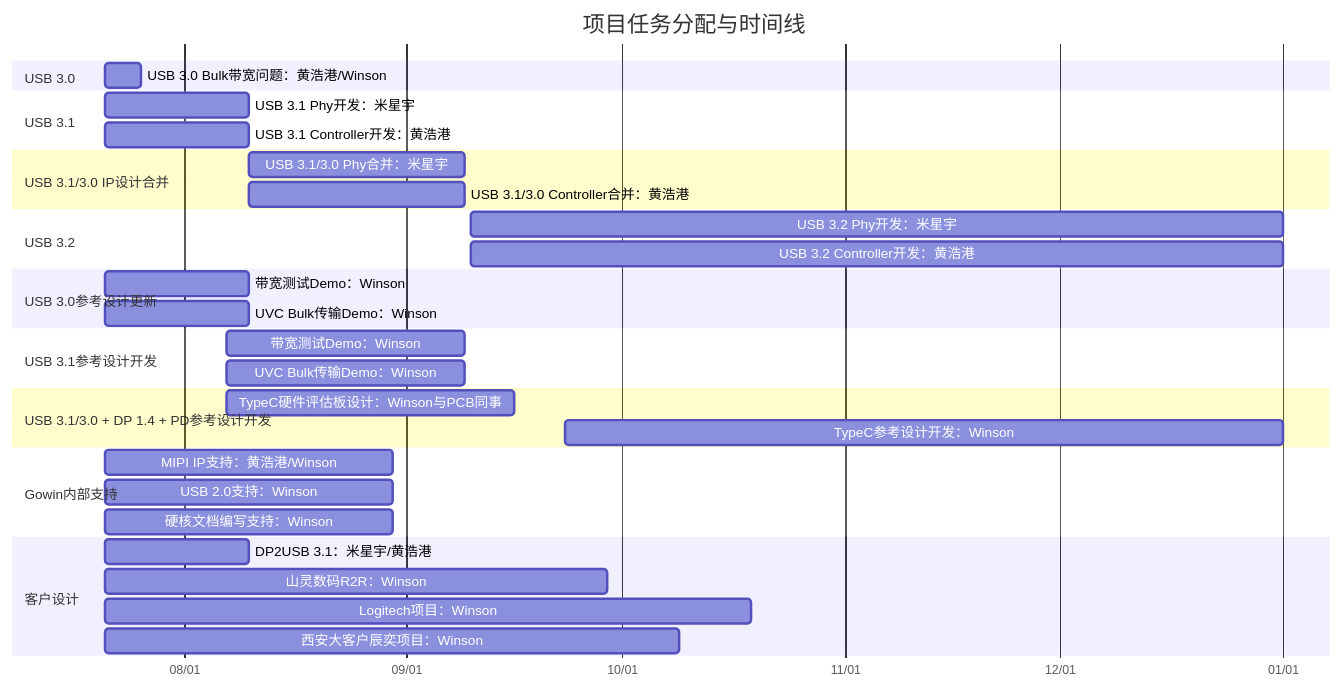
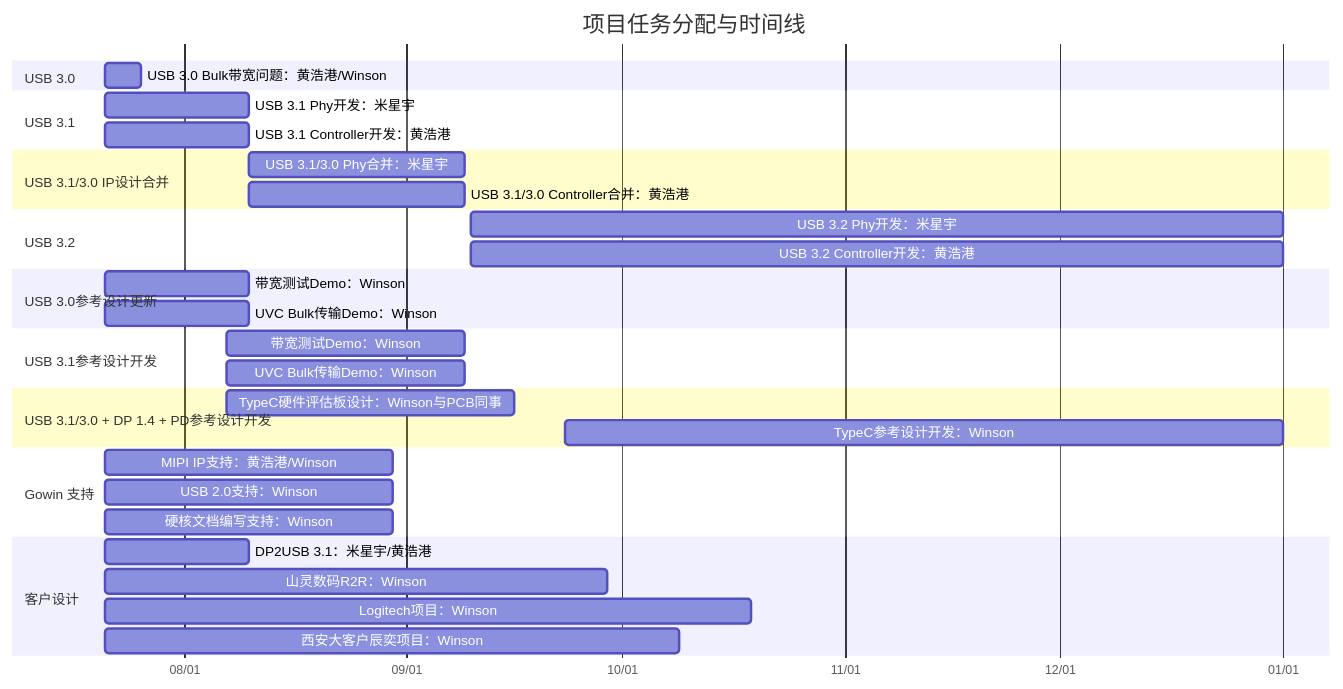
Before and after one commit to winsonbook/iodraw-files: the diagram in all/未命名.md, drawn with Mermaid.

Commit message:
2025-07-21 10:36:43 update

````diff
--- a/all/未命名.md
+++ b/all/未命名.md
@@ -1,44 +1,44 @@
 ```mermaid
 gantt
     title 项目任务分配与时间线
     dateFormat  YYYY-MM-DD
     axisFormat  %m/%d
 
     section USB 3.0
     USB 3.0 Bulk带宽问题：黄浩港/Winson   :    task1, 2025-07-21, 5d
 
     section USB 3.1
     USB 3.1 Phy开发：米星宇      :         task2, 2025-07-21, 20d
     USB 3.1 Controller开发：黄浩港      :  task3, 2025-07-21, 20d
 
     section USB 3.1/3.0 IP设计合并
     USB 3.1/3.0 Phy合并：米星宇       :    task4, 2025-08-10, 30d
     USB 3.1/3.0 Controller合并：黄浩港:    task5, 2025-08-10, 30d
 
     section USB 3.2
     USB 3.2 Phy开发：米星宇      :         task2, 2025-09-10, 113d
     USB 3.2 Controller开发：黄浩港      :  task3, 2025-09-10, 113d
 
     section USB 3.0参考设计更新
     带宽测试Demo：Winson       :         task6, 2025-07-21, 20d
     UVC Bulk传输Demo：Winson   :        task7, 2025-07-21, 20d
 
     section USB 3.1参考设计开发
     带宽测试Demo：Winson       :         task8, 2025-08-07, 33d
     UVC Bulk传输Demo：Winson   :         task9, 2025-08-07, 33d
 
     section USB 3.1/3.0 + DP 1.4 + PD参考设计开发
     TypeC硬件评估板设计：Winson与PCB同事       :         task10, 2025-08-07, 40d
     TypeC参考设计开发：Winson   :         task11, 2025-09-23, 100d
 
-    section Gowin内部支持
+    section Gowin 支持
     MIPI IP支持：黄浩港/Winson :       task16, 2025-07-21, 40d
     USB 2.0支持：Winson :             task17, 2025-07-21, 40d
     硬核文档编写支持：Winson :         task18, 2025-07-21, 40d
 
     section 客户设计
     DP2USB 3.1：米星宇/黄浩港      :task12, 2025-07-21, 20d
     山灵数码R2R：Winson :             task13, 2025-07-21, 70d
     Logitech项目：Winson :            task14, 2025-07-21, 90d
     西安大客户辰奕项目：Winson :       task15, 2025-07-21, 80d
 ```
````
